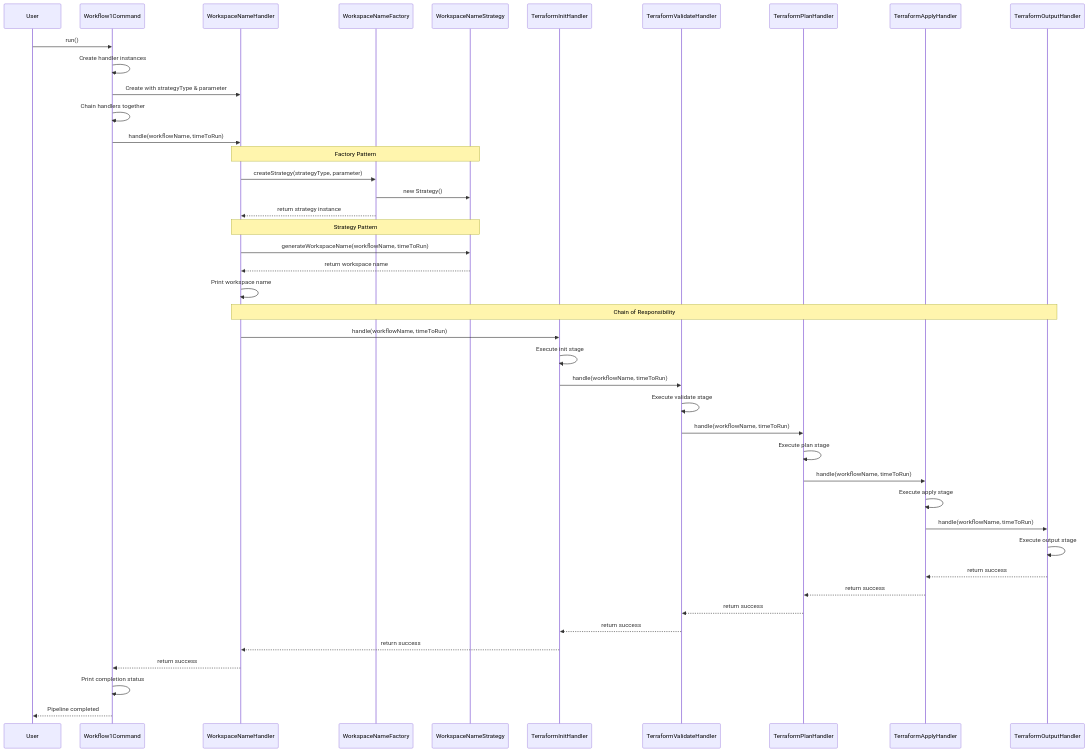
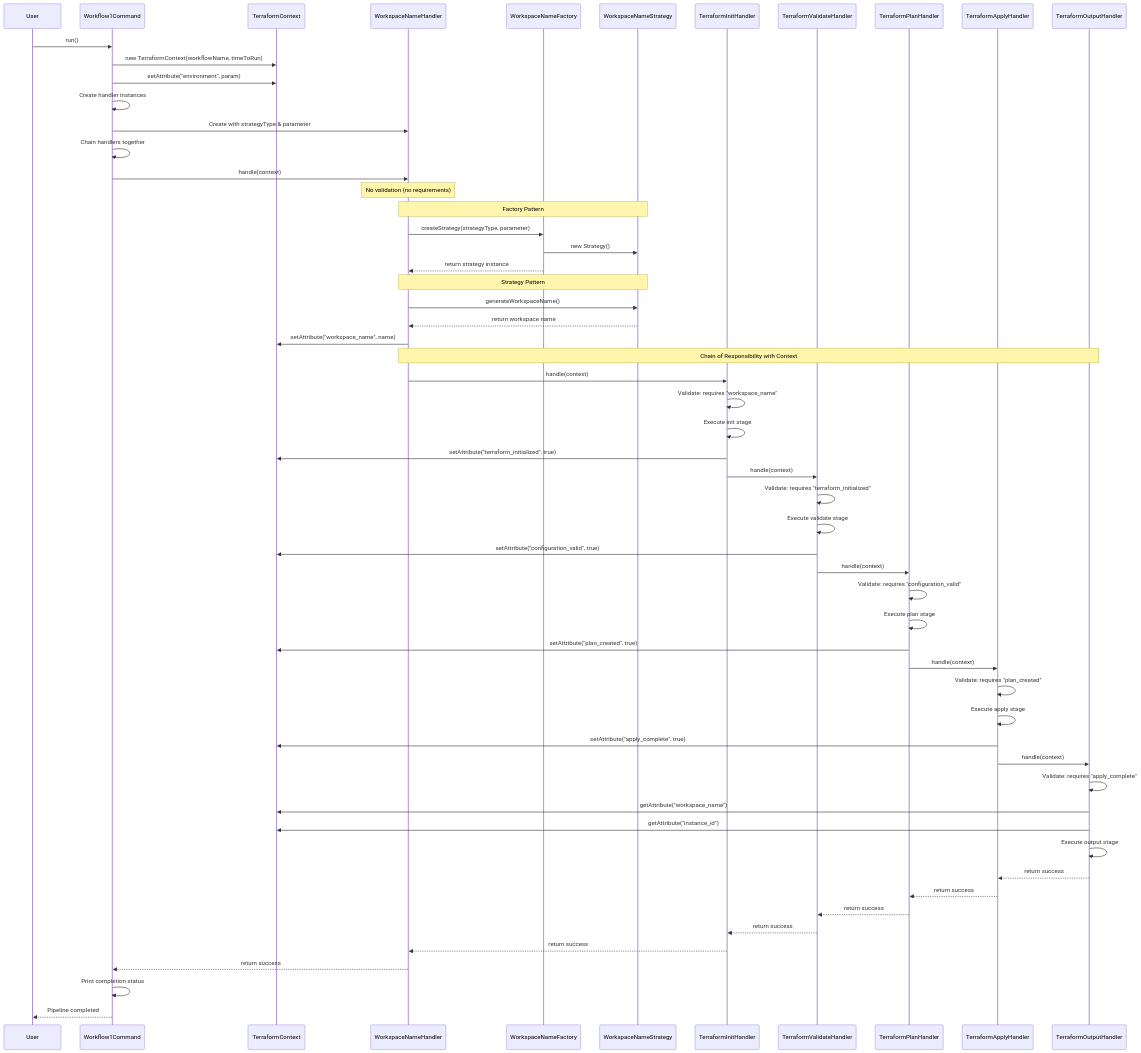
The second of 7 diagrams in DIAGRAMS.md (Poss111/picocli-w-patterns), drawn with Mermaid before and after one commit. The commit also changed other lines of this file and 10 other files, not shown here.

Commit message:
Adding context to CoR workflow

````diff
--- a/DIAGRAMS.md
+++ b/DIAGRAMS.md
@@ -188,50 +203,70 @@
 ```mermaid
 sequenceDiagram
     participant User
     participant W1 as Workflow1Command
+    participant Ctx as TerraformContext
     participant WNH as WorkspaceNameHandler
     participant Factory as WorkspaceNameFactory
     participant Strategy as WorkspaceNameStrategy
     participant Init as TerraformInitHandler
     participant Validate as TerraformValidateHandler
     participant Plan as TerraformPlanHandler
     participant Apply as TerraformApplyHandler
     participant Output as TerraformOutputHandler
     
     User->>W1: run()
+    W1->>Ctx: new TerraformContext(workflowName, timeToRun)
+    W1->>Ctx: setAttribute("environment", param)
     W1->>W1: Create handler instances
     W1->>WNH: Create with strategyType & parameter
     W1->>W1: Chain handlers together
-    W1->>WNH: handle(workflowName, timeToRun)
+    W1->>WNH: handle(context)
     
+    Note over WNH: No validation (no requirements)
     Note over WNH,Strategy: Factory Pattern
     WNH->>Factory: createStrategy(strategyType, parameter)
     Factory->>Strategy: new Strategy()
     Factory-->>WNH: return strategy instance
     
     Note over WNH,Strategy: Strategy Pattern
-    WNH->>Strategy: generateWorkspaceName(workflowName, timeToRun)
+    WNH->>Strategy: generateWorkspaceName()
     Strategy-->>WNH: return workspace name
-    WNH->>WNH: Print workspace name
+    WNH->>Ctx: setAttribute("workspace_name", name)
     
-    Note over WNH,Output: Chain of Responsibility
-    WNH->>Init: handle(workflowName, timeToRun)
+    Note over WNH,Output: Chain of Responsibility with Context
+    WNH->>Init: handle(context)
+    Init->>Init: Validate: requires "workspace_name"
     Init->>Init: Execute init stage
-    Init->>Validate: handle(workflowName, timeToRun)
+    Init->>Ctx: setAttribute("terraform_initialized", true)
+    
+    Init->>Validate: handle(context)
+    Validate->>Validate: Validate: requires "terraform_initialized"
     Validate->>Validate: Execute validate stage
-    Validate->>Plan: handle(workflowName, timeToRun)
+    Validate->>Ctx: setAttribute("configuration_valid", true)
+    
+    Validate->>Plan: handle(context)
+    Plan->>Plan: Validate: requires "configuration_valid"
     Plan->>Plan: Execute plan stage
-    Plan->>Apply: handle(workflowName, timeToRun)
+    Plan->>Ctx: setAttribute("plan_created", true)
+    
+    Plan->>Apply: handle(context)
+    Apply->>Apply: Validate: requires "plan_created"
     Apply->>Apply: Execute apply stage
-    Apply->>Output: handle(workflowName, timeToRun)
+    Apply->>Ctx: setAttribute("apply_complete", true)
+    
+    Apply->>Output: handle(context)
+    Output->>Output: Validate: requires "apply_complete"
+    Output->>Ctx: getAttribute("workspace_name")
+    Output->>Ctx: getAttribute("instance_id")
     Output->>Output: Execute output stage
+    
     Output-->>Apply: return success
     Apply-->>Plan: return success
     Plan-->>Validate: return success
     Validate-->>Init: return success
     Init-->>WNH: return success
     WNH-->>W1: return success
     
     W1->>W1: Print completion status
     W1-->>User: Pipeline completed
 ```
````
